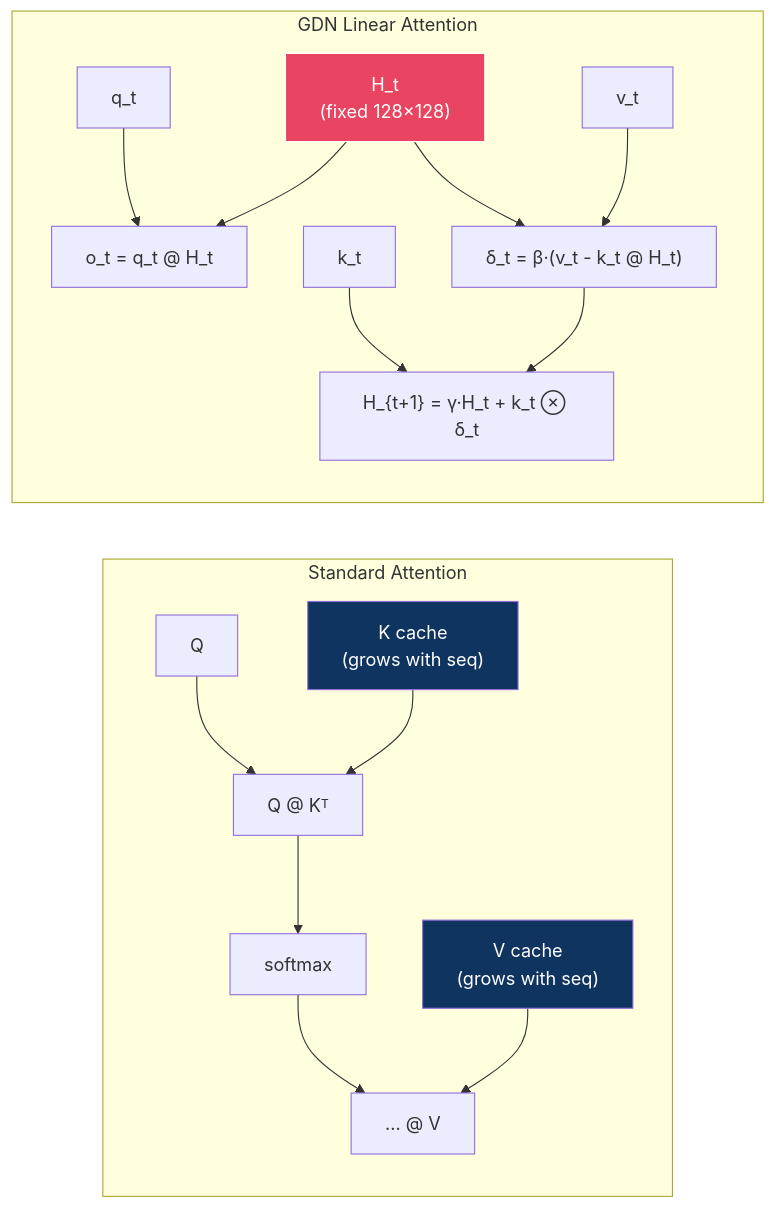
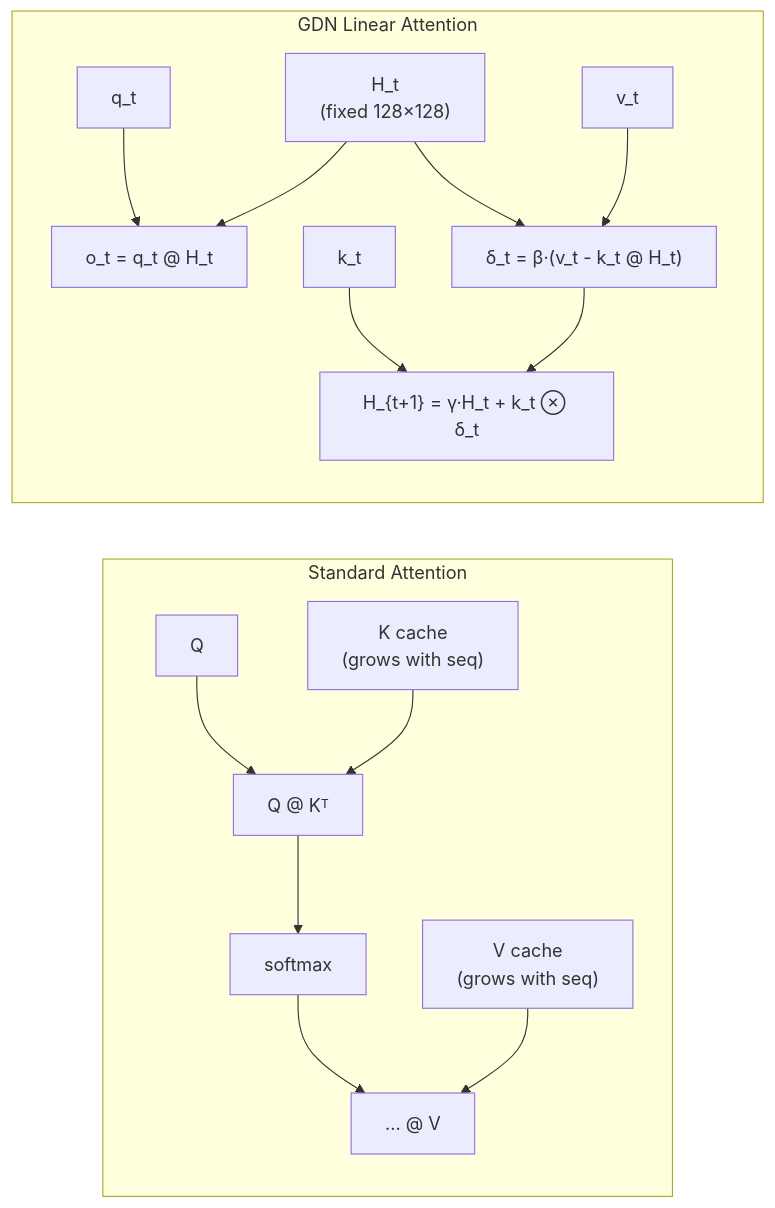
Before and after one commit to Darshan-Baslani/simple_portfolio: the fourth of 5 diagrams in blogs/qwen_3.5.md, drawn with Mermaid. The commit also changed other lines of this file and 12 other files, not shown here.

Commit message:
fix: graph text not visible

````diff
--- a/blogs/qwen_3.5.md
+++ b/blogs/qwen_3.5.md
@@ -303,23 +279,19 @@
 ```mermaid
 graph LR
     subgraph Standard["Standard Attention"]
         Q1["Q"] --> DOT1["Q @ Kᵀ"]
         K1["K cache<br/>(grows with seq)"] --> DOT1
         DOT1 --> SOFT["softmax"]
         SOFT --> DOT2["... @ V"]
         V1["V cache<br/>(grows with seq)"] --> DOT2
     end
 
     subgraph GDN["GDN Linear Attention"]
         Q2["q_t"] --> OUT["o_t = q_t @ H_t"]
         STATE["H_t<br/>(fixed 128×128)"] --> OUT
         K2["k_t"] --> UPDATE["H_{t+1} = γ·H_t + k_t ⊗ δ_t"]
         V2["v_t"] --> DELTA["δ_t = β·(v_t - k_t @ H_t)"]
         STATE --> DELTA
         DELTA --> UPDATE
     end
-
-    style STATE fill:#e94560,stroke:#fff,color:#fff
-    style K1 fill:#0f3460,color:#fff
-    style V1 fill:#0f3460,color:#fff
 ```
````
